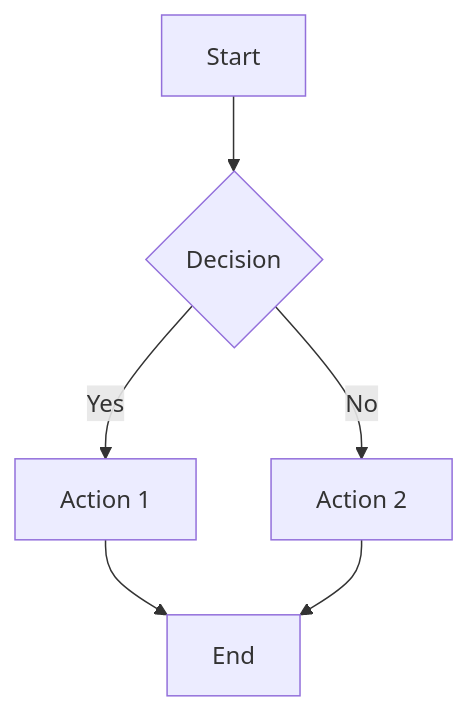
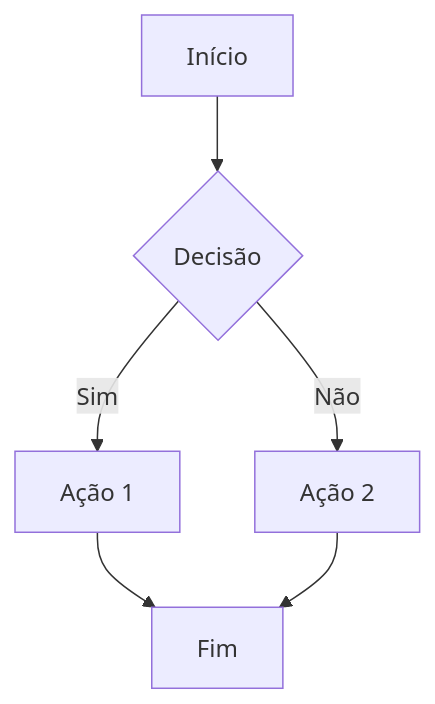
One commit to ppablobr/my-agent-council changed the diagram in ux_ui_designer/UX_FLOW.md. Above: the diagram before and after it, drawn with Mermaid. The commit also changed other lines of this file and 34 other files, not shown here.

````diff
--- a/ux_ui_designer/UX_FLOW.md
+++ b/ux_ui_designer/UX_FLOW.md
@@ -36,8 +36,8 @@
 ```mermaid
 flowchart TD
-    A[Start] --> B{Decision}
-    B -->|Yes| C[Action 1]
-    B -->|No| D[Action 2]
-    C --> E[End]
+    A[Início] --> B{Decisão}
+    B -->|Sim| C[Ação 1]
+    B -->|Não| D[Ação 2]
+    C --> E[Fim]
     D --> E
 ```
````
